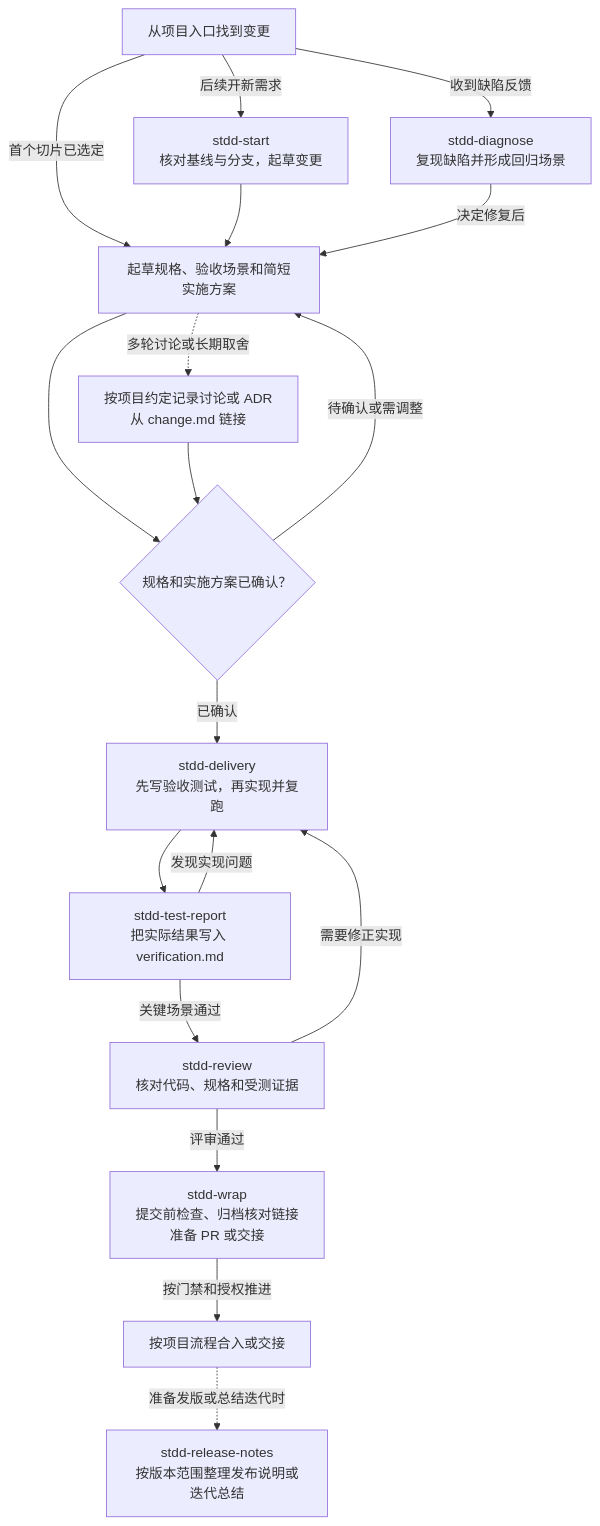
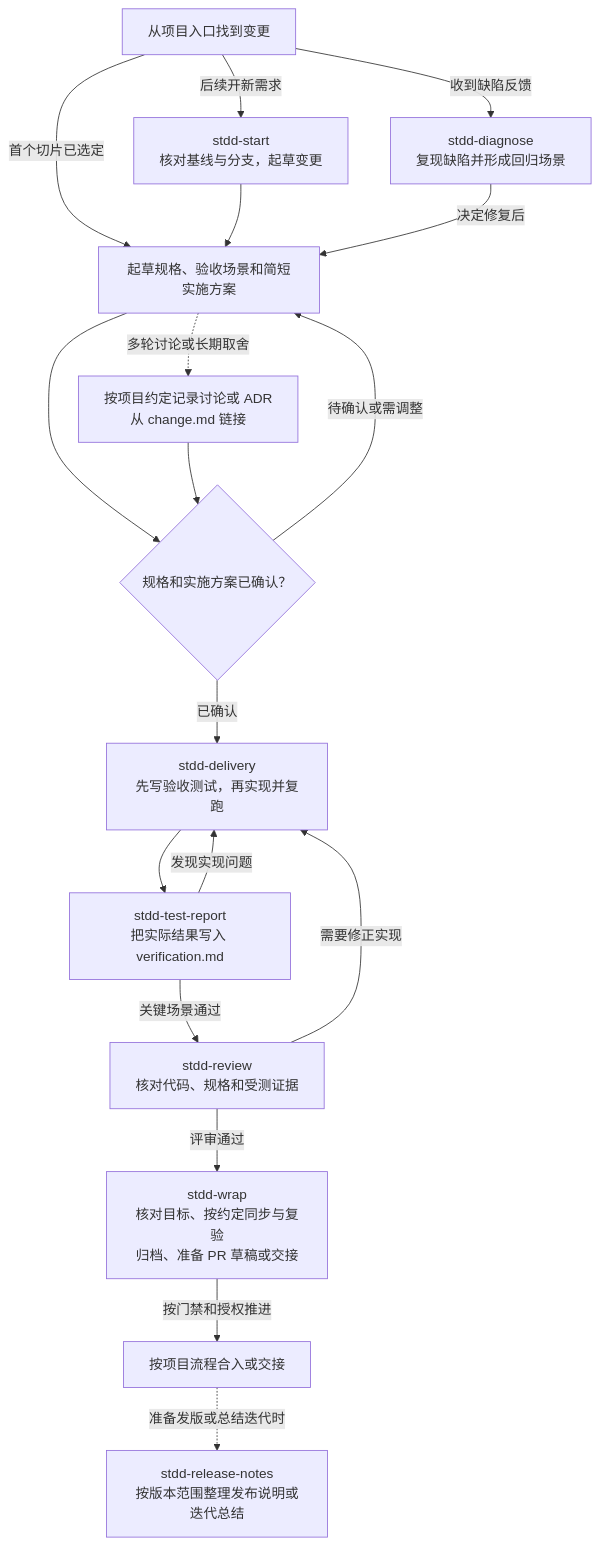
One commit to zhgqwx-del/agent-service changed the diagram in docs/stdd/workflows.md. Above: the diagram before and after it, drawn with Mermaid. The commit also changed other lines of this file and 15 other files, not shown here.

````diff
--- a/docs/stdd/workflows.md
+++ b/docs/stdd/workflows.md
@@ -9,33 +9,33 @@
 ```mermaid
 flowchart TD
     Init["从项目入口找到变更"]
     Start["stdd-start<br/>核对基线与分支，起草变更"]
     Diagnose["stdd-diagnose<br/>复现缺陷并形成回归场景"]
     Spec["起草规格、验收场景和简短实施方案"]
     Records["按项目约定记录讨论或 ADR<br/>从 change.md 链接"]
     Confirm{"规格和实施方案已确认？"}
     Delivery["stdd-delivery<br/>先写验收测试，再实现并复跑"]
     Report["stdd-test-report<br/>把实际结果写入 verification.md"]
     Review["stdd-review<br/>核对代码、规格和受测证据"]
-    Wrap["stdd-wrap<br/>提交前检查、归档核对链接<br/>准备 PR 或交接"]
+    Wrap["stdd-wrap<br/>核对目标、按约定同步与复验<br/>归档、准备 PR 草稿或交接"]
     Done["按项目流程合入或交接"]
     Release["stdd-release-notes<br/>按版本范围整理发布说明或迭代总结"]
 
     Init -->|首个切片已选定| Spec
     Init -->|后续开新需求| Start
     Init -->|收到缺陷反馈| Diagnose
     Start --> Spec
     Diagnose -->|决定修复后| Spec
     Spec --> Confirm
     Spec -.->|多轮讨论或长期取舍| Records
     Records --> Confirm
     Confirm -->|已确认| Delivery
     Confirm -->|待确认或需调整| Spec
     Delivery --> Report
     Report -->|关键场景通过| Review
     Report -->|发现实现问题| Delivery
     Review -->|需要修正实现| Delivery
     Review -->|评审通过| Wrap
     Wrap -->|按门禁和授权推进| Done
     Done -.->|准备发版或总结迭代时| Release
 ```
````
